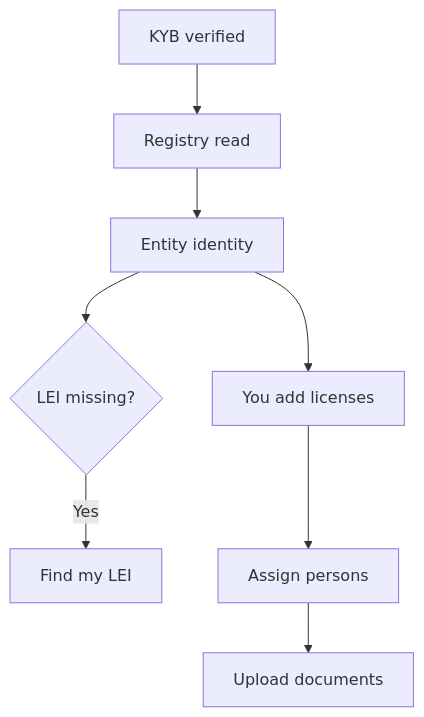
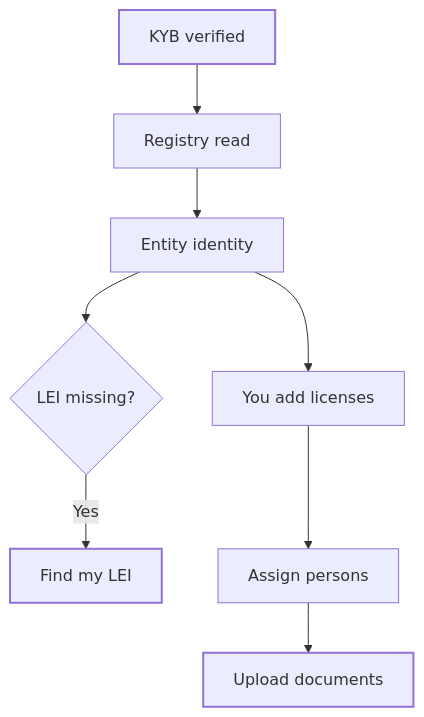
Before and after one commit to blupryntco/docs: the diagram in passport/entity.mdx, drawn with Mermaid. The commit also changed 54 other files, not shown here.

Commit message:
Diagrams in site palette with dark mode; Developers overview for SDK + both APIs

````diff
--- a/passport/entity.mdx
+++ b/passport/entity.mdx
@@ -23,10 +23,14 @@
 ```mermaid
 flowchart TD
   A[KYB verified] --> B[Registry read]
   B --> C[Entity identity]
   C --> D{LEI missing?}
   D -->|Yes| E[Find my LEI]
   C --> F[You add licenses]
   F --> G[Assign persons]
   G --> H[Upload documents]
+classDef start stroke-width:2px
+classDef done stroke-width:2px
+class A start
+class E,H done
 ```
````
